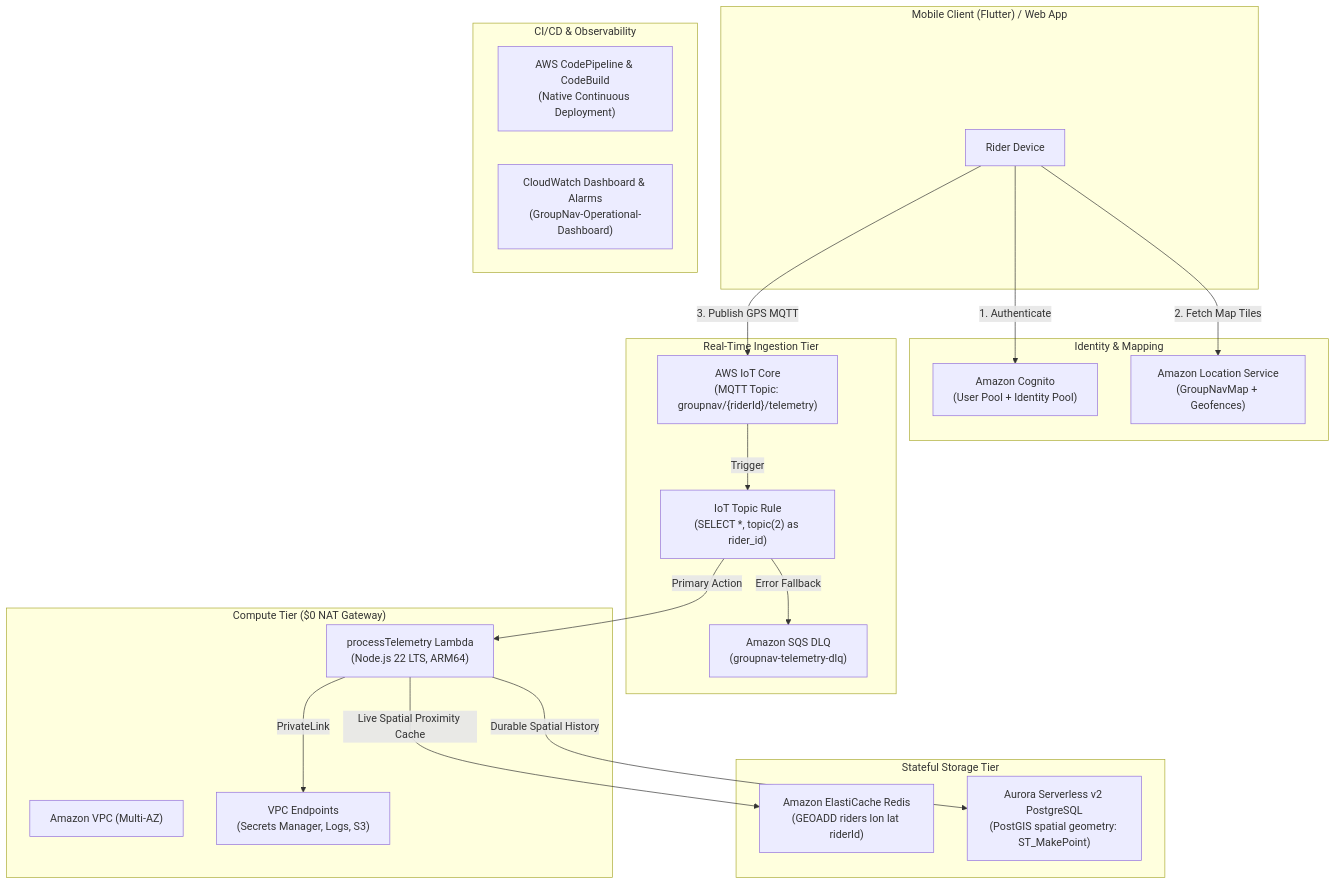
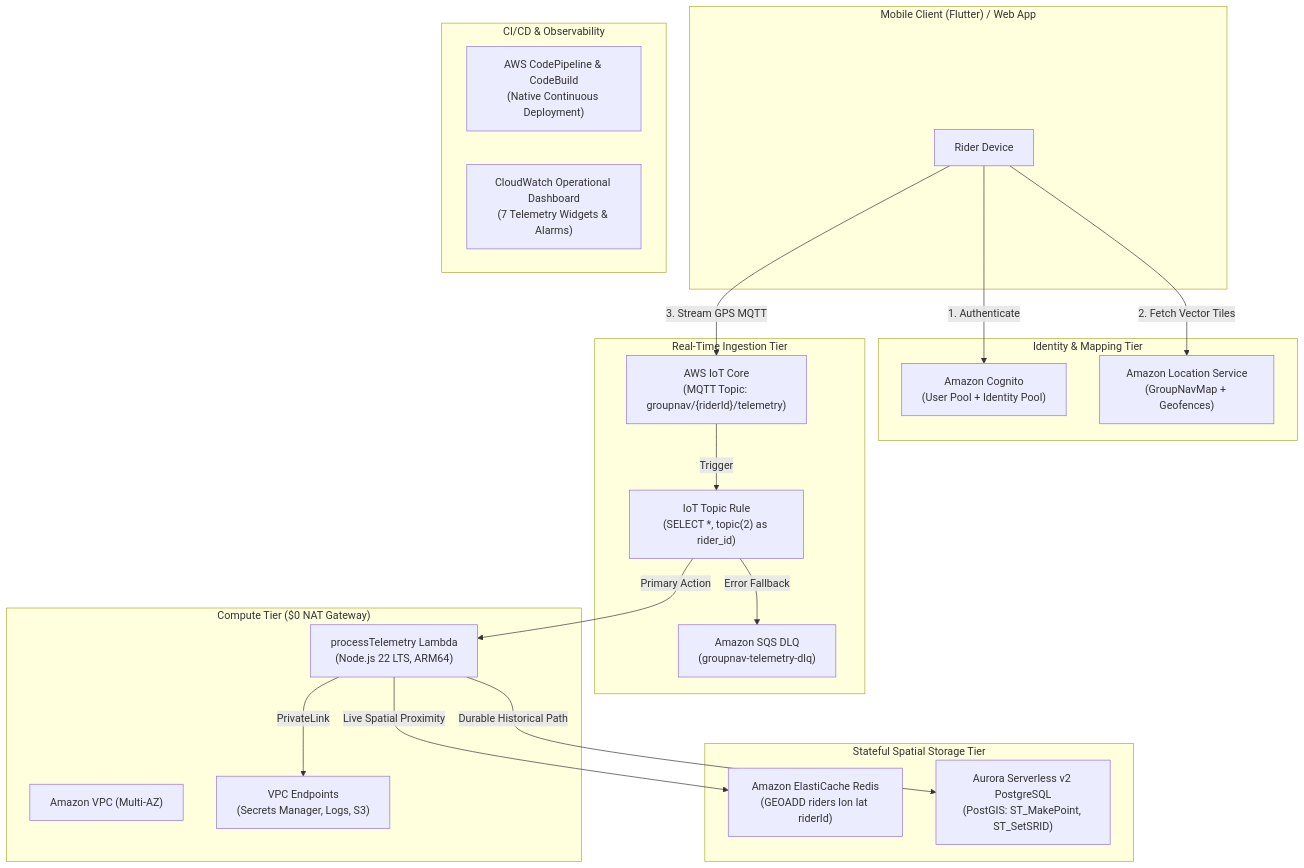
The diagram in README.md (FaizanMominGit/GroupNav-Infrastructure), drawn with Mermaid before and after one commit. The commit also changed other lines of this file and 1 other file, not shown here.

````diff
--- a/README.md
+++ b/README.md
@@ -11,43 +67,43 @@
 ```mermaid
 flowchart TD
     subgraph Client ["Mobile Client (Flutter) / Web App"]
         Rider["Rider Device"]
     end
 
-    subgraph AuthLoc ["Identity & Mapping"]
+    subgraph AuthLoc ["Identity & Mapping Tier"]
         Cognito["Amazon Cognito<br/>(User Pool + Identity Pool)"]
         LocMap["Amazon Location Service<br/>(GroupNavMap + Geofences)"]
     end
 
     subgraph Ingestion ["Real-Time Ingestion Tier"]
         IoTCore["AWS IoT Core<br/>(MQTT Topic: groupnav/{riderId}/telemetry)"]
         TopicRule["IoT Topic Rule<br/>(SELECT *, topic(2) as rider_id)"]
         DLQ["Amazon SQS DLQ<br/>(groupnav-telemetry-dlq)"]
     end
 
     subgraph Compute ["Compute Tier ($0 NAT Gateway)"]
         VPC["Amazon VPC (Multi-AZ)"]
         Endpoints["VPC Endpoints<br/>(Secrets Manager, Logs, S3)"]
         Lambda["processTelemetry Lambda<br/>(Node.js 22 LTS, ARM64)"]
     end
 
-    subgraph Storage ["Stateful Storage Tier"]
+    subgraph Storage ["Stateful Spatial Storage Tier"]
         Redis["Amazon ElastiCache Redis<br/>(GEOADD riders lon lat riderId)"]
-        Aurora["Aurora Serverless v2 PostgreSQL<br/>(PostGIS spatial geometry: ST_MakePoint)"]
+        Aurora["Aurora Serverless v2 PostgreSQL<br/>(PostGIS: ST_MakePoint, ST_SetSRID)"]
     end
 
     subgraph CICDObs ["CI/CD & Observability"]
         Pipeline["AWS CodePipeline & CodeBuild<br/>(Native Continuous Deployment)"]
-        Dashboard["CloudWatch Dashboard & Alarms<br/>(GroupNav-Operational-Dashboard)"]
+        Dashboard["CloudWatch Operational Dashboard<br/>(7 Telemetry Widgets & Alarms)"]
     end
 
     Rider -->|"1. Authenticate"| Cognito
-    Rider -->|"2. Fetch Map Tiles"| LocMap
-    Rider -->|"3. Publish GPS MQTT"| IoTCore
+    Rider -->|"2. Fetch Vector Tiles"| LocMap
+    Rider -->|"3. Stream GPS MQTT"| IoTCore
     IoTCore -->|"Trigger"| TopicRule
     TopicRule -->|"Primary Action"| Lambda
     TopicRule -->|"Error Fallback"| DLQ
     Lambda -->|"PrivateLink"| Endpoints
-    Lambda -->|"Live Spatial Proximity Cache"| Redis
-    Lambda -->|"Durable Spatial History"| Aurora
+    Lambda -->|"Live Spatial Proximity"| Redis
+    Lambda -->|"Durable Historical Path"| Aurora
 ```
````
